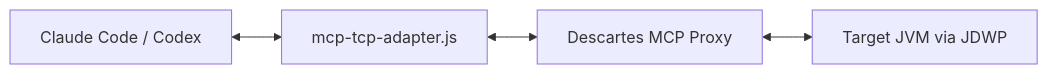
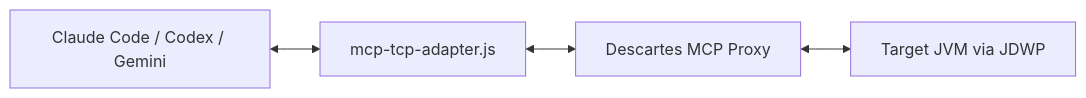
One commit to widoriezebos/descartes-mcp changed the first of 2 diagrams in README.md. Above: the diagram before and after it, drawn with Mermaid. The commit also changed other lines of this file and 39 other files, not shown here.

````diff
--- a/README.md
+++ b/README.md
@@ -153,6 +147,6 @@
 ```mermaid
 flowchart LR
-  A[Claude Code / Codex] <--> B[mcp-tcp-adapter.js]
+  A[Claude Code / Codex / Gemini] <--> B[mcp-tcp-adapter.js]
   B <--> C[Descartes MCP Proxy]
   C <--> D[Target JVM via JDWP]
 ```
````
